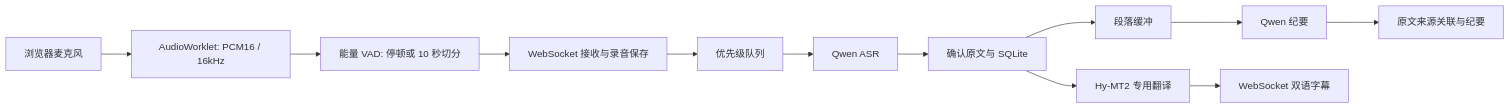
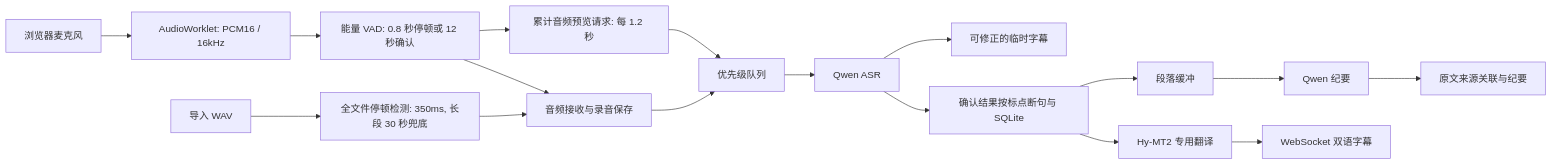
Before and after one commit to Sisyphus616/meeting-assistant: the diagram in docs/ARCHITECTURE.md, drawn with Mermaid. The commit also changed other lines of this file and 25 other files, not shown here.

````diff
--- a/docs/ARCHITECTURE.md
+++ b/docs/ARCHITECTURE.md
@@ -5,14 +5,19 @@
 ```mermaid
 flowchart LR
     A[浏览器麦克风] --> B[AudioWorklet: PCM16 / 16kHz]
-    B --> C[能量 VAD: 停顿或 10 秒切分]
-    C --> D[WebSocket 接收与录音保存]
-    D --> E[优先级队列]
+    B --> C[能量 VAD: 0.8 秒停顿或 12 秒确认]
+    C --> P[累计音频预览请求: 每 1.2 秒]
+    P --> E[优先级队列]
+    C --> D[音频接收与录音保存]
+    U[导入 WAV] --> V[全文件停顿检测: 350ms, 长段 30 秒兜底]
+    V --> D
+    D --> E
     E --> F[Qwen ASR]
-    F --> G[确认原文与 SQLite]
+    F --> M[可修正的临时字幕]
+    F --> G[确认结果按标点断句与 SQLite]
     G --> H[Hy-MT2 专用翻译]
     G --> I[段落缓冲]
     I --> J[Qwen 纪要]
     H --> K[WebSocket 双语字幕]
     J --> L[原文来源关联与纪要]
 ```
````
